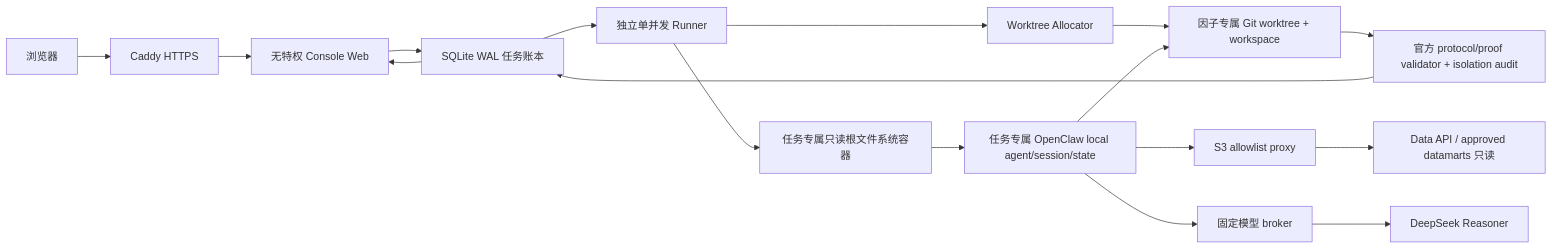
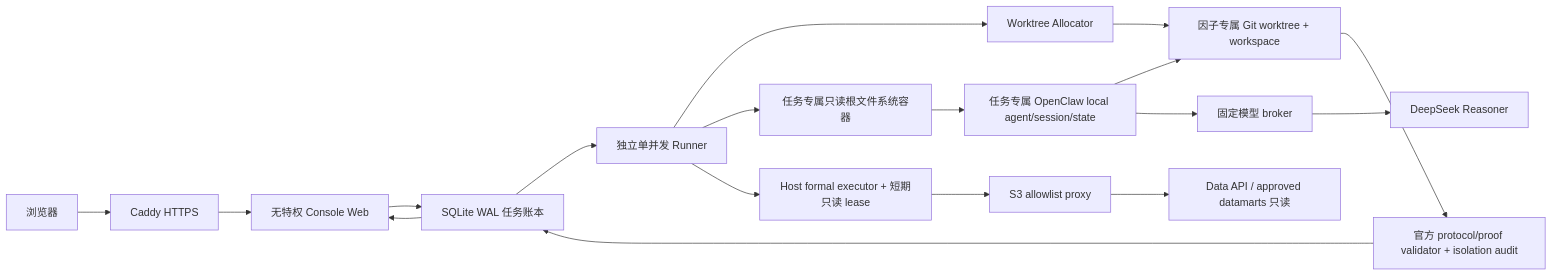
Before and after one commit to weiyufan1994/factor-factory: the diagram in docs/architecture/factorforge-console-web-pilot-architecture-20260801.zh-CN.md, drawn with Mermaid. The commit also changed other lines of this file and 35 other files, not shown here.

````diff
--- a/docs/architecture/factorforge-console-web-pilot-architecture-20260801.zh-CN.md
+++ b/docs/architecture/factorforge-console-web-pilot-architecture-20260801.zh-CN.md
@@ -76,19 +76,20 @@
 ```mermaid
 flowchart LR
   U["浏览器"] --> P["Caddy HTTPS"]
   P --> W["无特权 Console Web"]
   W --> L["SQLite WAL 任务账本"]
   L --> Q["独立单并发 Runner"]
   Q --> A["Worktree Allocator"]
   A --> FW["因子专属 Git worktree + workspace"]
   Q --> C["任务专属只读根文件系统容器"]
   C --> AG["任务专属 OpenClaw local agent/session/state"]
   AG --> FW
-  AG --> S["S3 allowlist proxy"]
+  Q --> H["Host formal executor + 短期只读 lease"]
+  H --> S["S3 allowlist proxy"]
   S --> D["Data API / approved datamarts 只读"]
   AG --> B["固定模型 broker"]
   B --> M["DeepSeek Reasoner"]
   FW --> V["官方 protocol/proof validator + isolation audit"]
   V --> L
   L --> W
 ```
````
